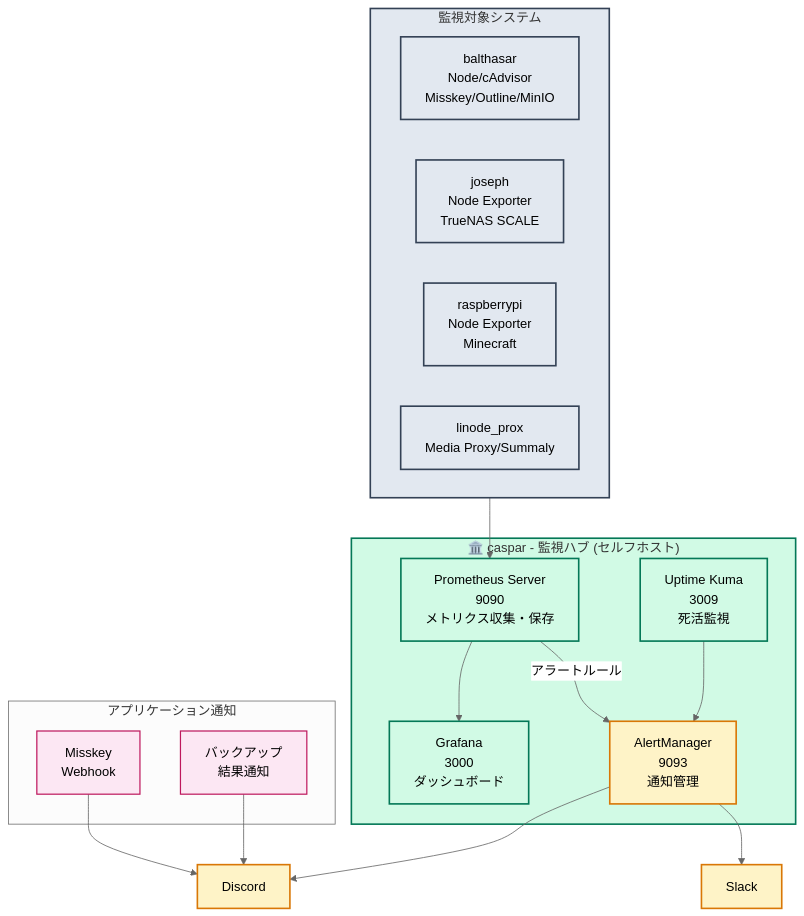
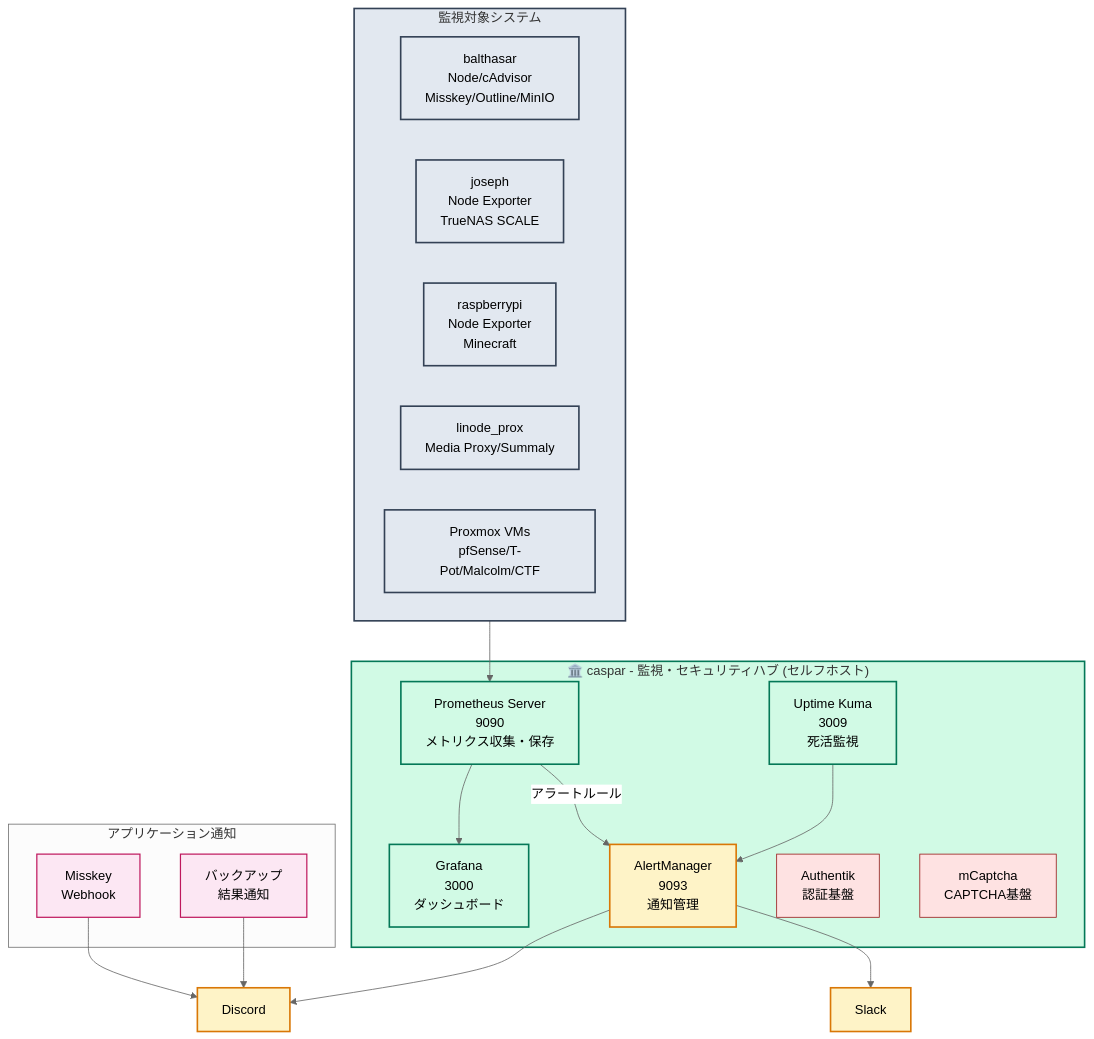
Before and after one commit to yamisskey-dev/yamisskey-host: the fourth of 8 diagrams in README.md, drawn with Mermaid (neutral theme). The commit also changed other lines of this file, not shown here.

First line of the commit message:
Update infrastructure diagram with new services

````diff
--- a/README.md
+++ b/README.md
@@ -267,53 +286,57 @@
 ```mermaid
 graph TB
     %% Style definitions
     classDef monitoring fill:#d1fae5,stroke:#047857,stroke-width:2px
     classDef homeServer fill:#e2e8f0,stroke:#334155,stroke-width:2px
     classDef alert fill:#fef3c7,stroke:#d97706,stroke-width:2px
     classDef app fill:#fce7f3,stroke:#be185d,stroke-width:1.5px
+    classDef security fill:#fee2e2,stroke:#991b1b,stroke-width:1px
     
     %% Monitoring Hub (caspar) - セルフホスト化
-    subgraph caspar["🏛️ caspar - 監視ハブ (セルフホスト)"]
+    subgraph caspar["🏛️ caspar - 監視・セキュリティハブ (セルフホスト)"]
         prometheus["Prometheus Server<br/>9090<br/>メトリクス収集・保存"]:::monitoring
         grafana["Grafana<br/>3000<br/>ダッシュボード"]:::monitoring
         uptime["Uptime Kuma<br/>3009<br/>死活監視"]:::monitoring
         alertmgr["AlertManager<br/>9093<br/>通知管理"]:::alert
+        authentik_mon["Authentik<br/>認証基盤"]:::security
+        mcaptcha_mon["mCaptcha<br/>CAPTCHA基盤"]:::security
     end
     
     %% All Monitored Systems (consolidated)
     subgraph systems["監視対象システム"]
         balthasar_node["balthasar<br/>Node/cAdvisor<br/>Misskey/Outline/MinIO"]:::homeServer
         joseph_node["joseph<br/>Node Exporter<br/>TrueNAS SCALE"]:::homeServer
         raspberry_node["raspberrypi<br/>Node Exporter<br/>Minecraft"]:::homeServer
         linode_node["linode_prox<br/>Media Proxy/Summaly"]:::homeServer
+        proxmox_node["Proxmox VMs<br/>pfSense/T-Pot/Malcolm/CTF"]:::homeServer
     end
     
     %% Application Notifications
     subgraph app_notify["アプリケーション通知"]
         misskey_webhook["Misskey<br/>Webhook"]:::app
         backup_notify["バックアップ<br/>結果通知"]:::app
     end
     
     %% External Notifications
     discord["Discord"]:::alert
     slack["Slack"]:::alert
     
     %% Monitoring Flow (Full Prometheus)
     systems --> prometheus
     prometheus --> grafana
     
     %% Alert Flow
     uptime --> alertmgr
     prometheus -->|アラートルール| alertmgr
     
     alertmgr --> discord
     alertmgr --> slack
     
     %% Direct App Notifications
     misskey_webhook --> discord
     backup_notify --> discord
     
     %% Apply styles
     class caspar monitoring
     class systems homeServer
 ```
````
